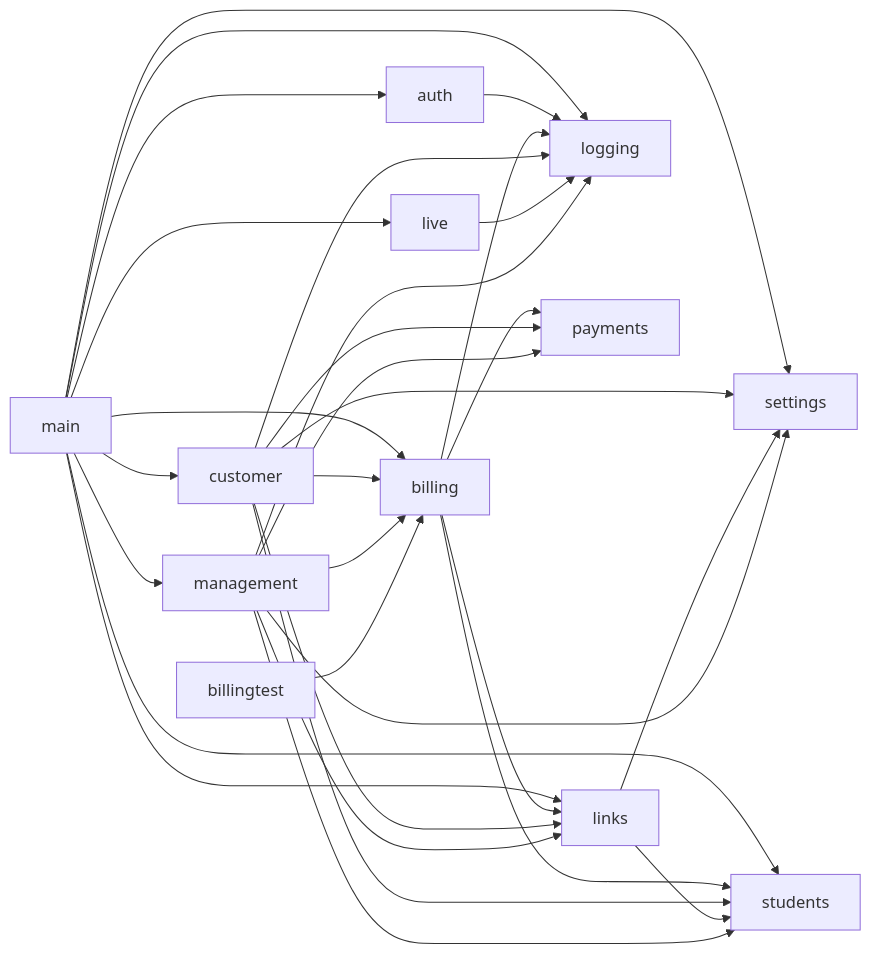
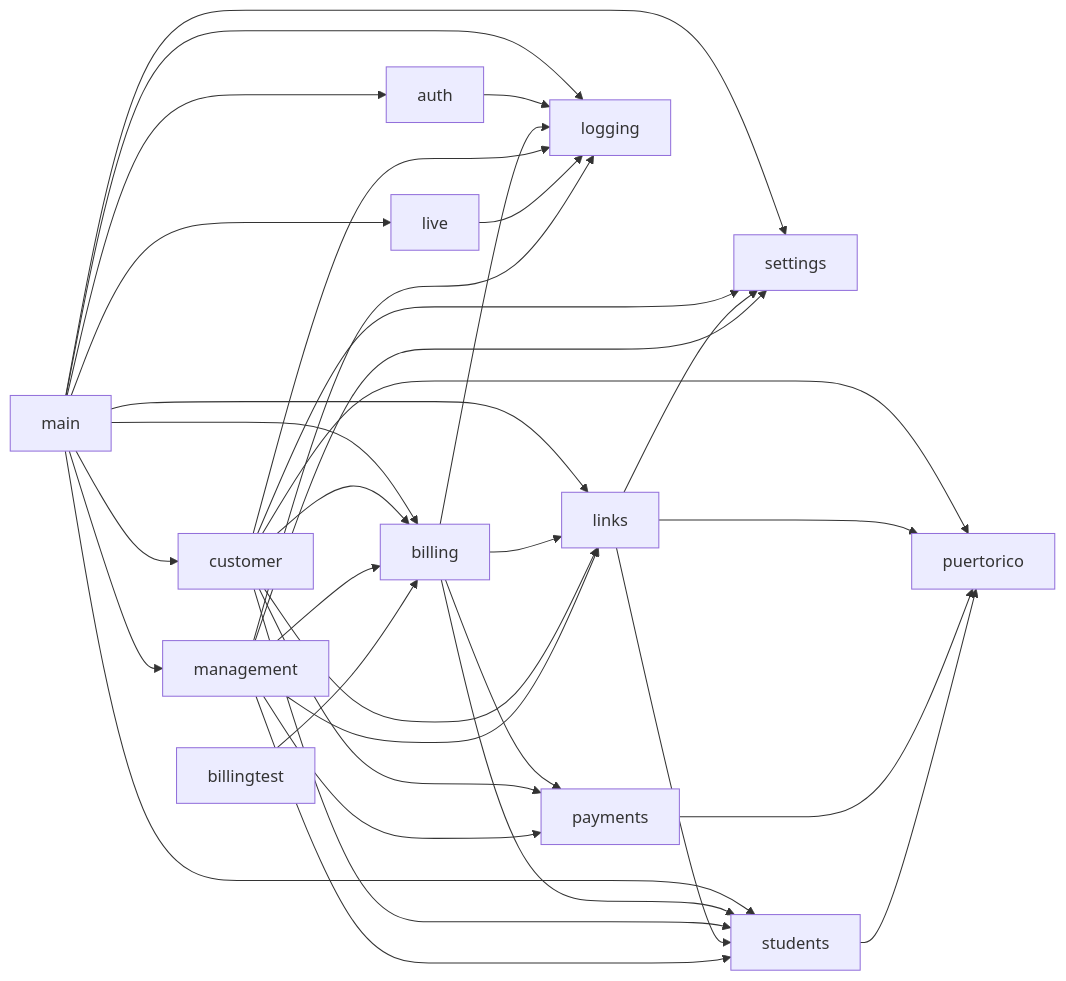
Before and after one commit to devGabriel131/ProjectHermes: the second of 3 diagrams in docs/architecture.md, drawn with Mermaid. The commit also changed other lines of this file and 97 other files, not shown here.

````diff
--- a/docs/architecture.md
+++ b/docs/architecture.md
@@ -52,33 +52,37 @@
 ```mermaid
 flowchart LR
   main --> auth
   main --> billing
   main --> customer
   main --> links
   main --> live
   main --> logging
   main --> management
   main --> settings
   main --> students
   auth --> logging
   billing --> links
   billing --> logging
   billing --> payments
   billing --> students
   customer --> billing
   customer --> links
   customer --> logging
   customer --> payments
+  customer --> puertorico
   customer --> settings
   customer --> students
+  links --> puertorico
   links --> settings
   links --> students
   live --> logging
   management --> billing
   management --> links
   management --> logging
   management --> payments
   management --> settings
   management --> students
+  payments --> puertorico
+  students --> puertorico
   billingtest --> billing
 ```
````
